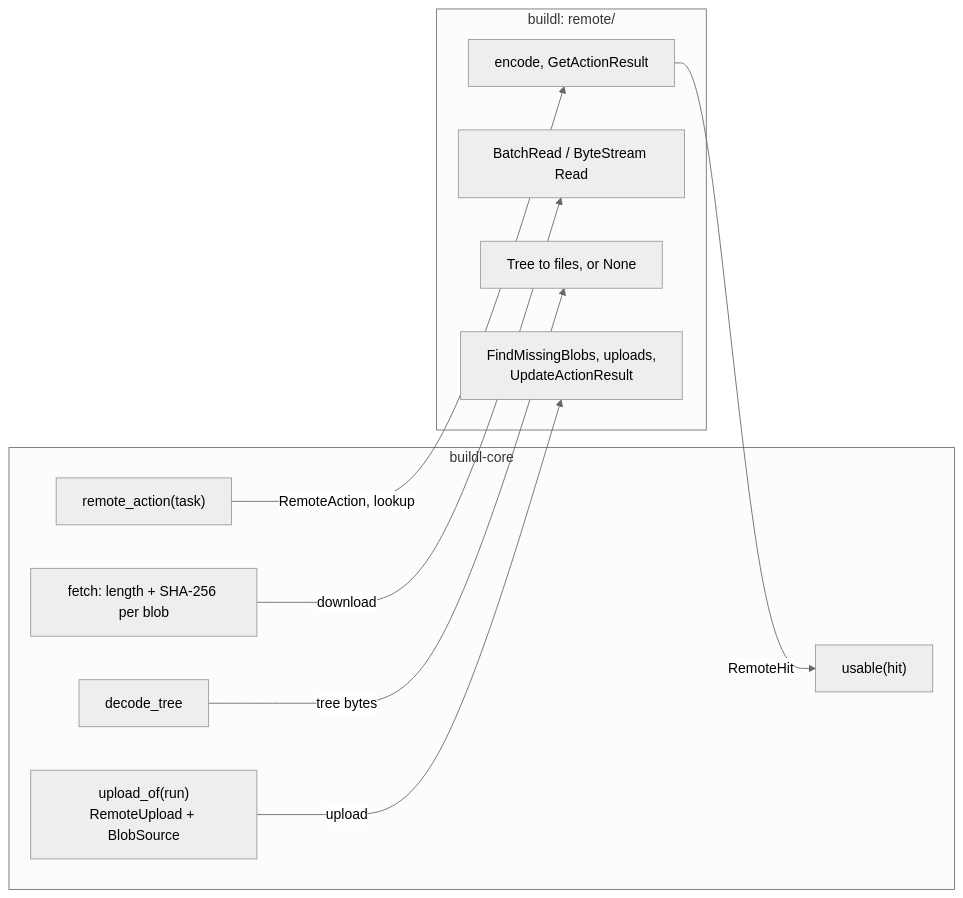
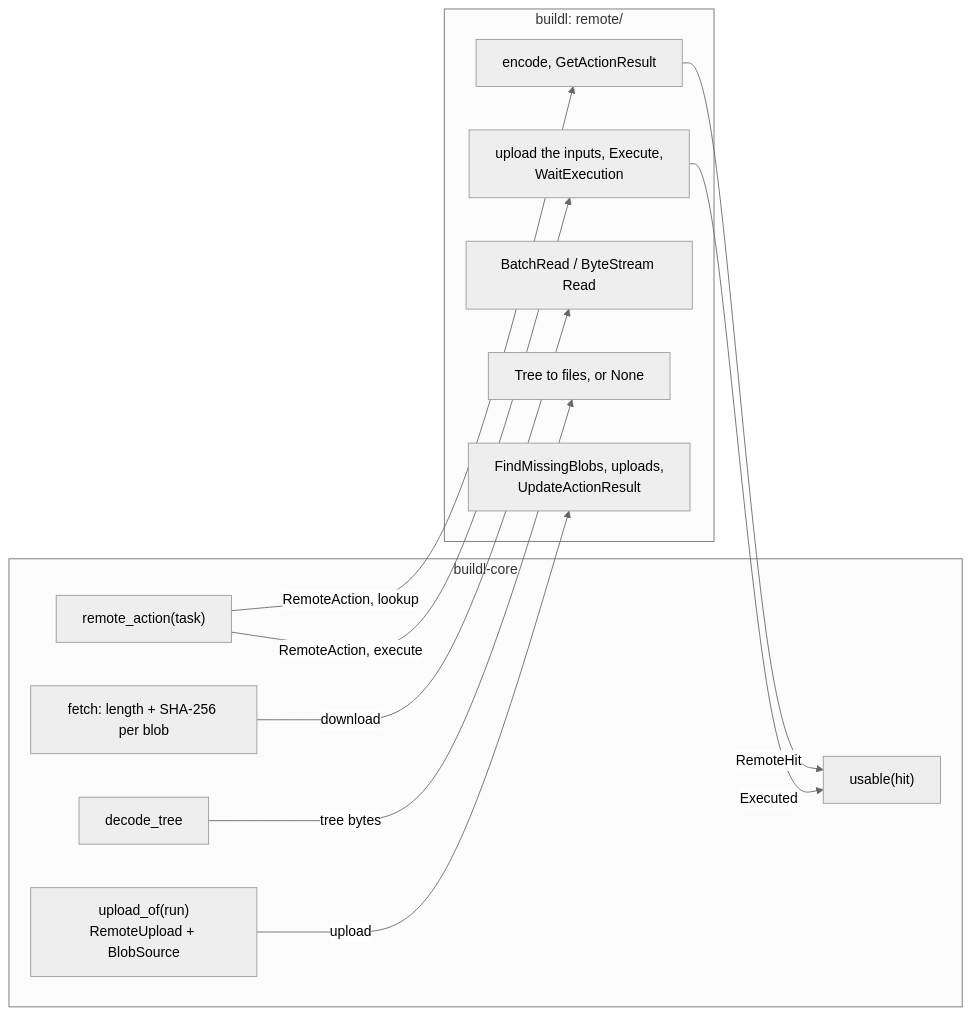
Before and after one commit to airsstack/buildl: the fifth of 7 diagrams in docs/architecture.md, drawn with Mermaid (neutral theme). The commit also changed other lines of this file and 101 other files, not shown here.

First line of the commit message:
Milestone 8: remote execution (#19)

````diff
--- a/docs/architecture.md
+++ b/docs/architecture.md
@@ -399,22 +414,25 @@
 ```mermaid
 %% The core judges; the adapter moves bytes and encodes
 graph LR
     subgraph CORE["buildl-core"]
         RA["remote_action(task)"]
         USE["usable(hit)"]
         FET["fetch: length + SHA-256 per blob"]
         DEC["decode_tree"]
         UP["upload_of(run)<br/>RemoteUpload + BlobSource"]
     end
     subgraph AD["buildl: remote/"]
         LK["encode, GetActionResult"]
         RD["BatchRead / ByteStream Read"]
         TR["Tree to files, or None"]
         WR["FindMissingBlobs, uploads,<br/>UpdateActionResult"]
+        EX["upload the inputs, Execute,<br/>WaitExecution"]
     end
     RA -->|"RemoteAction, lookup"| LK
     LK -->|"RemoteHit"| USE
+    RA -->|"RemoteAction, execute"| EX
+    EX -->|"Executed"| USE
     FET -->|"download"| RD
     DEC -->|"tree bytes"| TR
     UP -->|"upload"| WR
 ```
````
